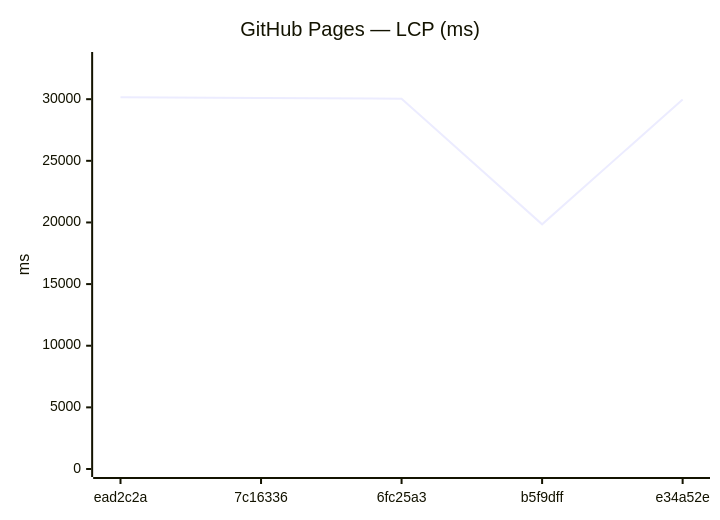
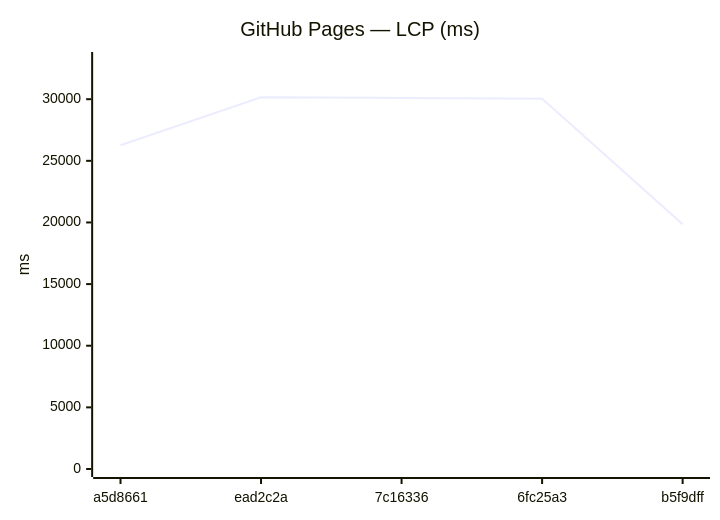
Before and after one commit to Metaheurist/Rianell: the seventh of 12 diagrams in benchmarks/compare.md, drawn with Mermaid. The commit also changed other lines of this file and 8 other files, not shown here.

````diff
--- a/benchmarks/compare.md
+++ b/benchmarks/compare.md
@@ -107,7 +107,7 @@
 ```mermaid
 xychart-beta
     title "GitHub Pages — LCP (ms)"
-    x-axis ["ead2c2a", "7c16336", "6fc25a3", "b5f9dff", "e34a52e"]
+    x-axis ["a5d8661", "ead2c2a", "7c16336", "6fc25a3", "b5f9dff"]
     y-axis "ms" 0 --> 33179
-    line [30162, 30106, 30044, 19849, 29974]
+    line [26258, 30162, 30106, 30044, 19849]
 ```
````
